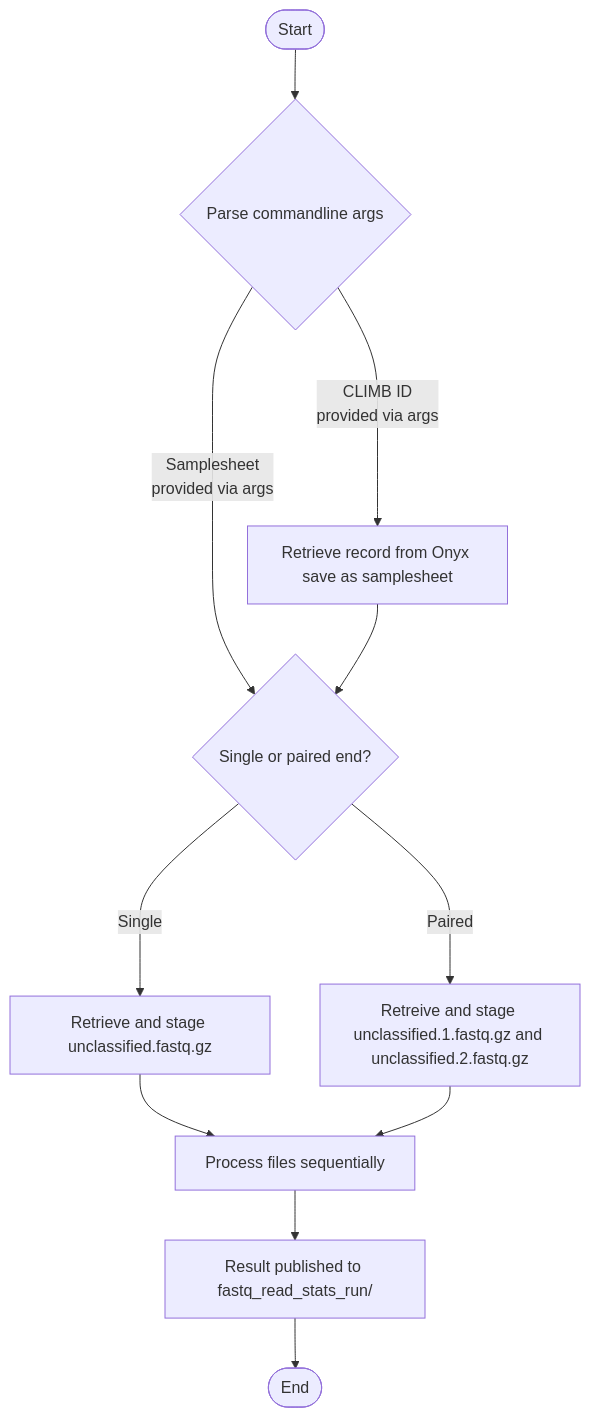
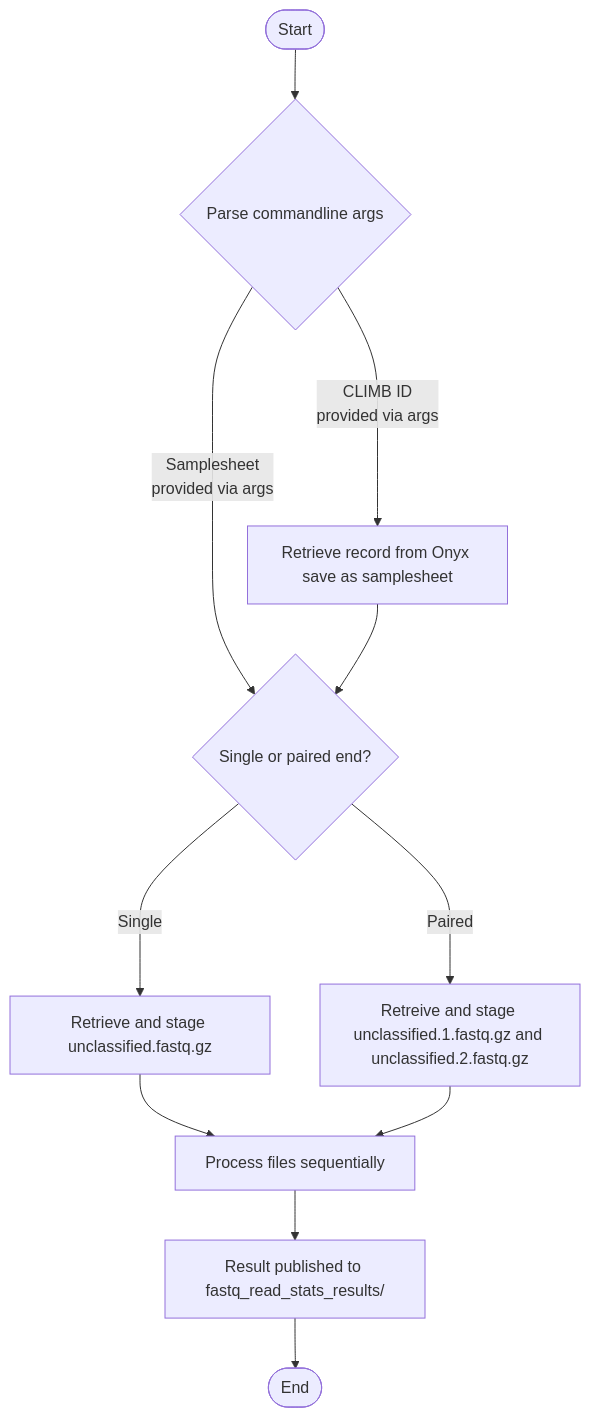
The diagram in README.md (ukhsa-collaboration/gpha-mscape-fastq-read-stats-nf), drawn with Mermaid before and after one commit. The commit also changed 1 other file, not shown here.

Commit message:
clarify seperation between results and run_info folders

````diff
--- a/README.md
+++ b/README.md
@@ -27,22 +27,22 @@
 ```mermaid
 graph TD
 
 graphStart(["Start"])
 userInput{"Parse commandline args"}
 onyxQuery["Retrieve record from Onyx save as samplesheet"]
 endiannessDecision{"Single or paired end?"}
 preprocessingOption1["Retrieve and stage unclassified.fastq.gz"]
 preprocessingOption2["Retreive and stage unclassified.1.fastq.gz and unclassified.2.fastq.gz"]
 processing["Process files sequentially"]
-output["Result published to fastq_read_stats_run/<CLIMB-ID>"]
+output["Result published to fastq_read_stats_results/<CLIMB-ID>"]
 graphEnd(["End"])
 
 graphStart --> userInput
 userInput -- CLIMB ID<br>provided via args ---> onyxQuery 
 userInput -- "Samplesheet<br>provided via args" ---> endiannessDecision 
 onyxQuery --> endiannessDecision
 endiannessDecision -- Single ---> preprocessingOption1
 endiannessDecision -- Paired ---> preprocessingOption2
 preprocessingOption1 & preprocessingOption2 --> processing
 processing --> output --> graphEnd
 ```
````
